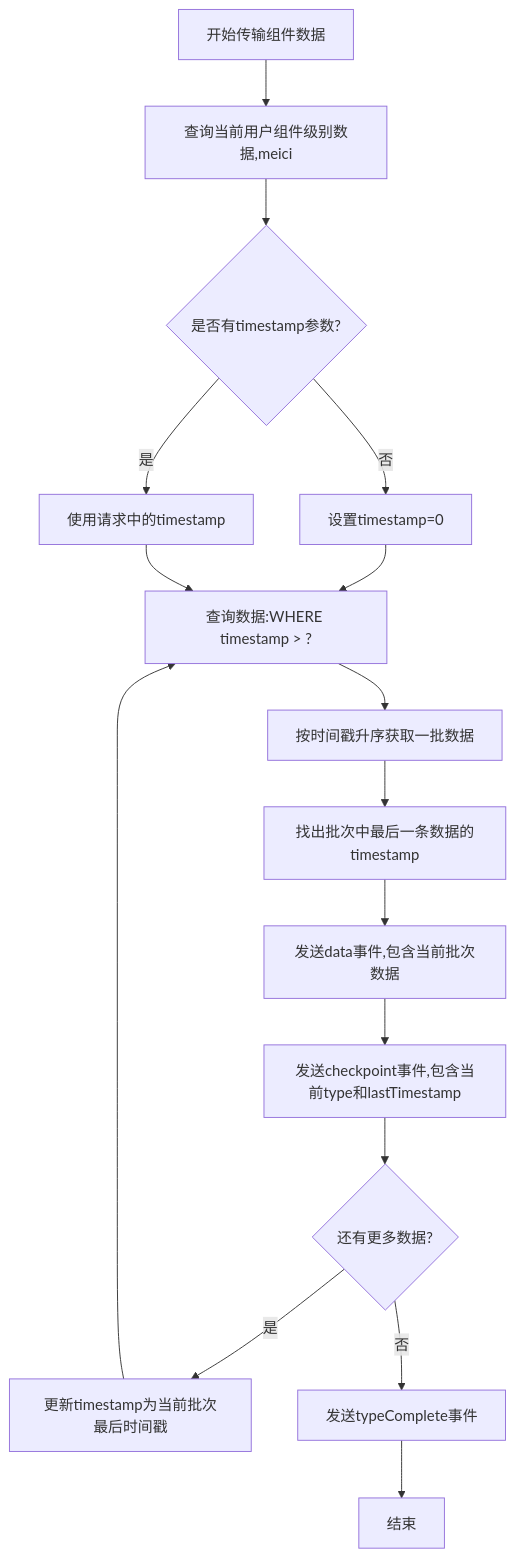
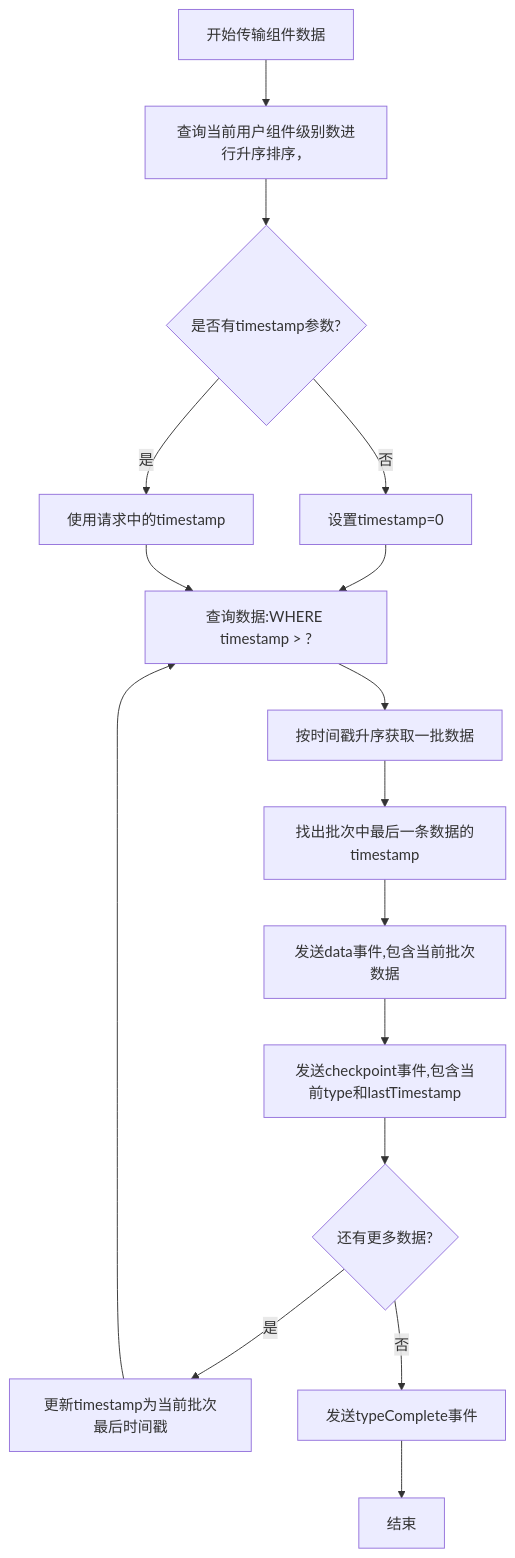
One commit to yingjianzh/iodraw-files changed the diagram in all/未命名-59.md. Above: the diagram before and after it, drawn with Mermaid.

Commit message:
2025-05-14 15:23:01 update

````diff
--- a/all/未命名-59.md
+++ b/all/未命名-59.md
@@ -1,24 +1,24 @@
 ```mermaid
 flowchart TD
-    A[开始传输组件数据] --> B[查询当前用户组件级别数据,meici]
+    A[开始传输组件数据] --> B[查询当前用户组件级别数进行升序排序，]
     
     B --> C{是否有timestamp参数?}
     C -->|否| D[设置timestamp=0]
     C -->|是| E[使用请求中的timestamp]
     
     D --> F[查询数据:WHERE timestamp > ?]
     E --> F
     
     F --> G[按时间戳升序获取一批数据]
     G --> H[找出批次中最后一条数据的timestamp]
     
     H --> I[发送data事件,包含当前批次数据]
     I --> J[发送checkpoint事件,包含当前type和lastTimestamp]
     
     J --> K{还有更多数据?}
     K -->|是| L[更新timestamp为当前批次最后时间戳]
     L --> F
     
     K -->|否| M[发送typeComplete事件]
     M --> N[结束]
 ```
````
